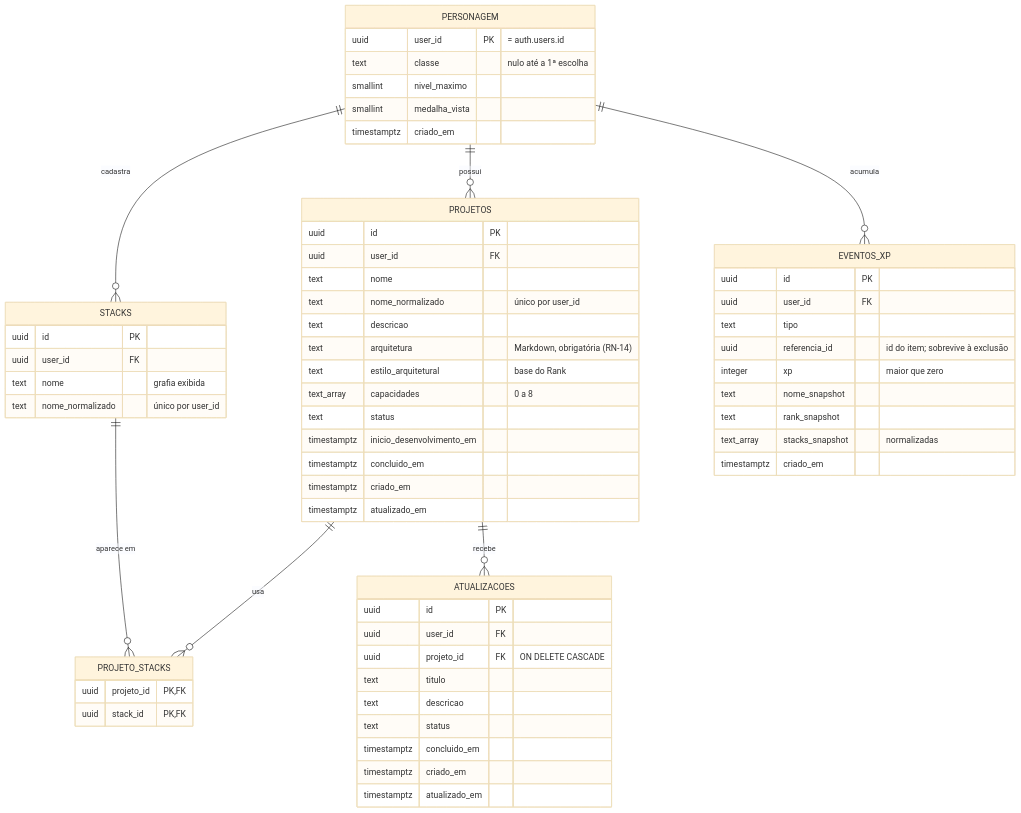
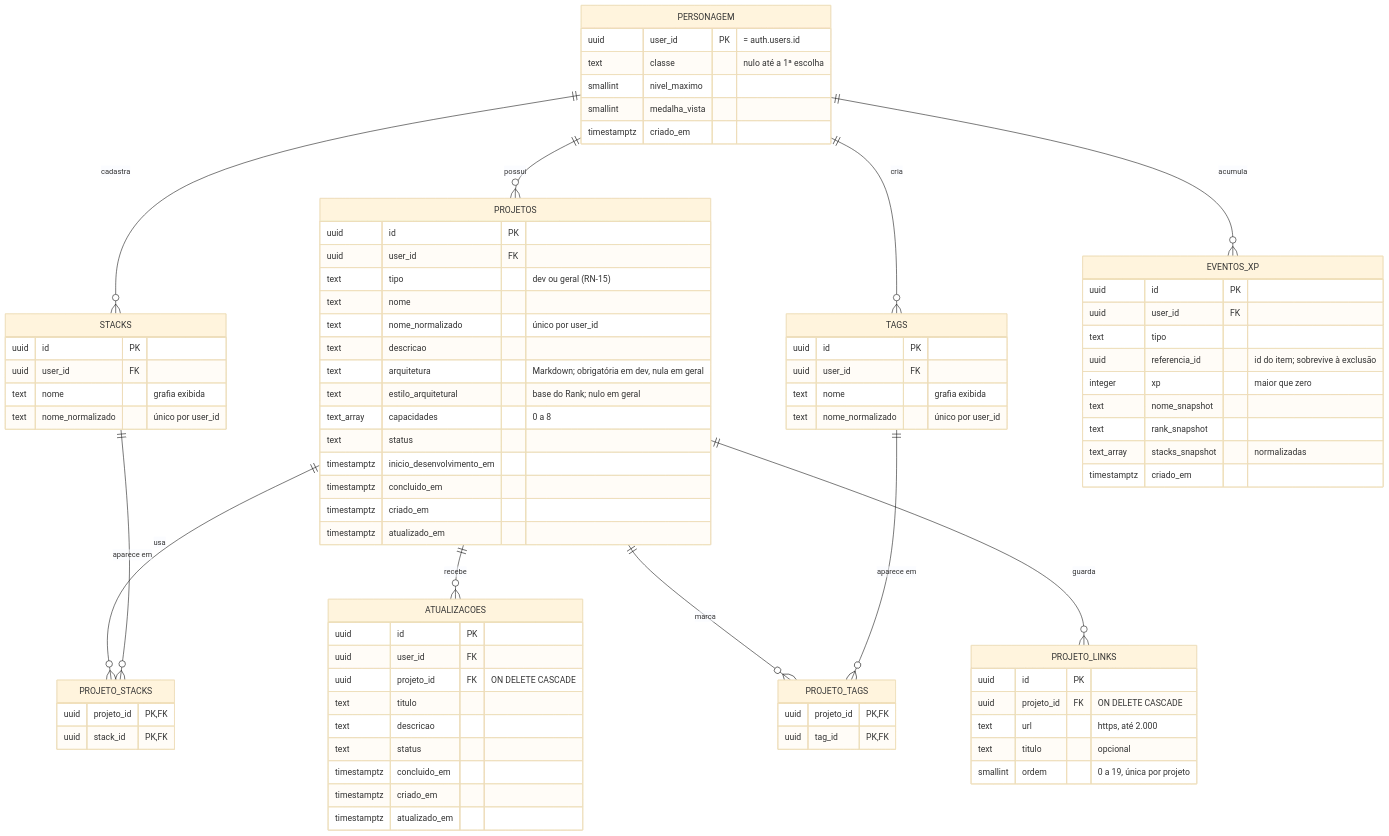
Before and after one commit to BrenoZG/gestor-projetos-rpg: the diagram in docs/modelo-de-dados.md, drawn with Mermaid (base theme). The commit also changed other lines of this file and 4 other files, not shown here.

First line of the commit message:
docs: requisitos 1.4, ADR-0010 e modelo de dados (tipos, tags e links)

```diff
--- a/docs/modelo-de-dados.md
+++ b/docs/modelo-de-dados.md
@@ -13,6 +13,10 @@
     PROJETOS ||--o{ PROJETO_STACKS : usa
     STACKS ||--o{ PROJETO_STACKS : "aparece em"
     PROJETOS ||--o{ ATUALIZACOES : recebe
+    PERSONAGEM ||--o{ TAGS : cria
+    PROJETOS ||--o{ PROJETO_TAGS : marca
+    TAGS ||--o{ PROJETO_TAGS : "aparece em"
+    PROJETOS ||--o{ PROJETO_LINKS : guarda
     PERSONAGEM ||--o{ EVENTOS_XP : acumula
 
     PERSONAGEM {
@@ -25,11 +29,12 @@
     PROJETOS {
         uuid id PK
         uuid user_id FK
+        text tipo "dev ou geral (RN-15)"
         text nome
         text nome_normalizado "único por user_id"
         text descricao
-        text arquitetura "Markdown, obrigatória (RN-14)"
-        text estilo_arquitetural "base do Rank"
+        text arquitetura "Markdown; obrigatória em dev, nula em geral"
+        text estilo_arquitetural "base do Rank; nulo em geral"
         text_array capacidades "0 a 8"
         text status
         timestamptz inicio_desenvolvimento_em
@@ -58,6 +63,23 @@
         timestamptz criado_em
         timestamptz atualizado_em
     }
+    TAGS {
+        uuid id PK
+        uuid user_id FK
+        text nome "grafia exibida"
+        text nome_normalizado "único por user_id"
+    }
+    PROJETO_TAGS {
+        uuid projeto_id PK, FK
+        uuid tag_id PK, FK
+    }
+    PROJETO_LINKS {
+        uuid id PK
+        uuid projeto_id FK "ON DELETE CASCADE"
+        text url "https, até 2.000"
+        text titulo "opcional"
+        smallint ordem "0 a 19, única por projeto"
+    }
     EVENTOS_XP {
         uuid id PK
         uuid user_id FK
```
